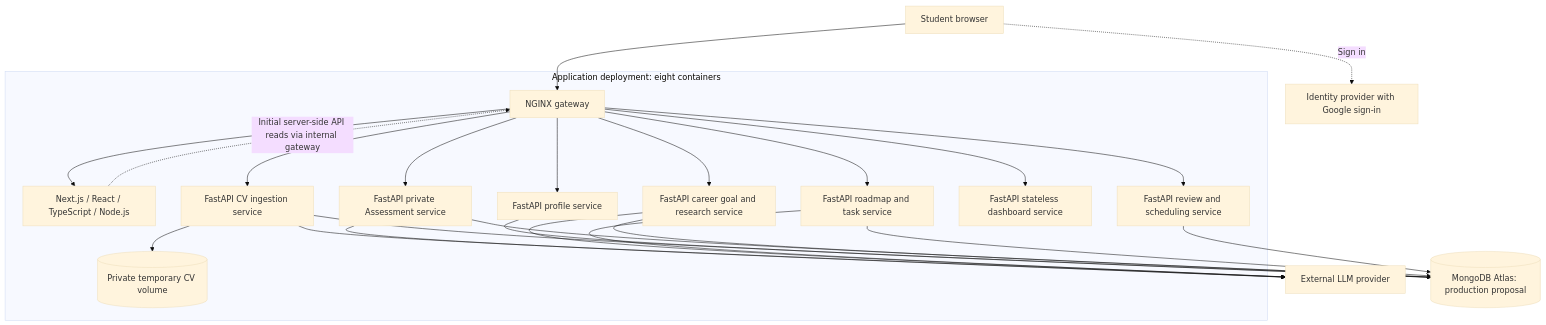
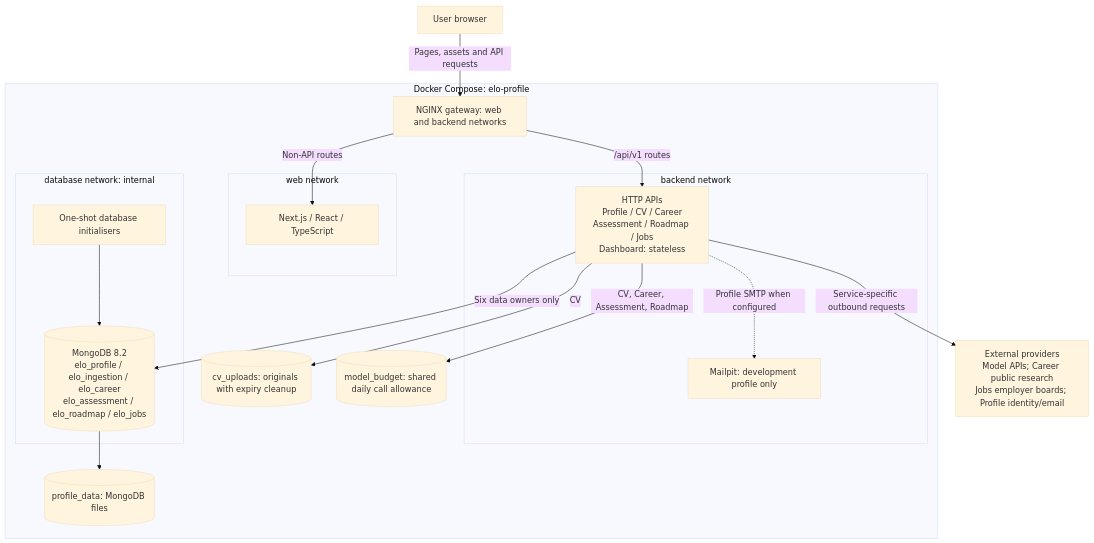
One commit to bryan034/coachify changed the diagram in docs/architecture/README.md. Above: the diagram before and after it, drawn with Mermaid (base theme). The commit also changed other lines of this file and 6 other files, not shown here.

Commit message:
Update architecture diagrams to match the current stack

````diff
--- a/docs/architecture/README.md
+++ b/docs/architecture/README.md
@@ -38,43 +22,34 @@
 ```mermaid
 flowchart TB
-    Student[Student browser]
-    Auth[Identity provider with Google sign-in]
-    LLM[External LLM provider]
-    Atlas[(MongoDB Atlas: production proposal)]
+    Browser[User browser]
+    External["External providers<br/>Model APIs; Career public research<br/>Jobs employer boards; Profile identity/email"]
 
-    subgraph Deployment[Application deployment: eight containers]
-        Gateway[NGINX gateway]
-        Frontend[Next.js / React / TypeScript / Node.js]
-        Profile[FastAPI profile service]
-        CV[FastAPI CV ingestion service]
-        Career[FastAPI career goal and research service]
-        Assessment[FastAPI private Assessment service]
-        Roadmap[FastAPI roadmap and task service]
-        Dashboard[FastAPI stateless dashboard service]
-        Review[FastAPI review and scheduling service]
-        Uploads[(Private temporary CV volume)]
-        Gateway --> Frontend
-        Gateway --> Profile
-        Gateway --> CV
-        Gateway --> Career
-        Gateway --> Assessment
-        Gateway --> Roadmap
-        Gateway --> Dashboard
-        Gateway --> Review
-        CV --> Uploads
+    subgraph Deployment[Docker Compose: elo-profile]
+        Gateway[NGINX gateway: web and backend networks]
+        subgraph WebNetwork[web network]
+            Frontend[Next.js / React / TypeScript]
+        end
+        subgraph Backend[backend network]
+            APIs["HTTP APIs<br/>Profile / CV / Career<br/>Assessment / Roadmap / Jobs<br/>Dashboard: stateless"]
+            Mailpit[Mailpit: development profile only]
+        end
+        subgraph Database[database network: internal]
+            Mongo[("MongoDB 8.2<br/>elo_profile / elo_ingestion / elo_career<br/>elo_assessment / elo_roadmap / elo_jobs")]
+            Init[One-shot database initialisers]
+        end
+        Data[(profile_data: MongoDB files)]
+        Uploads[(cv_uploads: originals with expiry cleanup)]
+        Budget[(model_budget: shared daily call allowance)]
     end
 
-    Student --> Gateway
-    Student -. Sign in .-> Auth
-    Frontend -. Initial server-side API reads via internal gateway .-> Gateway
-    Profile --> Atlas
-    CV --> Atlas
-    Career --> Atlas
-    Assessment --> Atlas
-    Assessment --> LLM
-    Roadmap --> Atlas
-    Review --> Atlas
-    CV --> LLM
-    Career --> LLM
-    Roadmap --> LLM
+    Browser -->|Pages, assets and API requests| Gateway
+    Gateway -->|Non-API routes| Frontend
+    Gateway -->|/api/v1 routes| APIs
+    APIs -->|Six data owners only| Mongo
+    Init --> Mongo
+    Mongo --> Data
+    APIs -->|CV| Uploads
+    APIs -->|CV, Career, Assessment, Roadmap| Budget
+    APIs -->|Service-specific outbound requests| External
+    APIs -. Profile SMTP when configured .-> Mailpit
 ```
````
